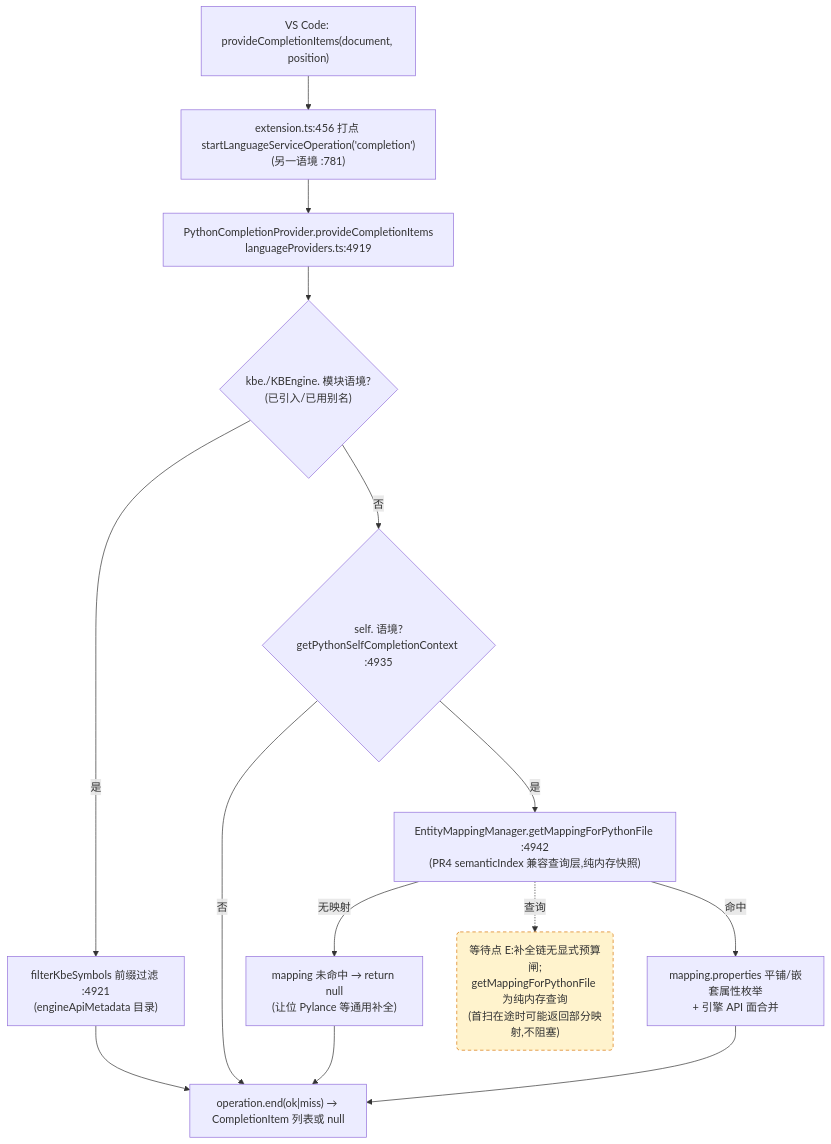
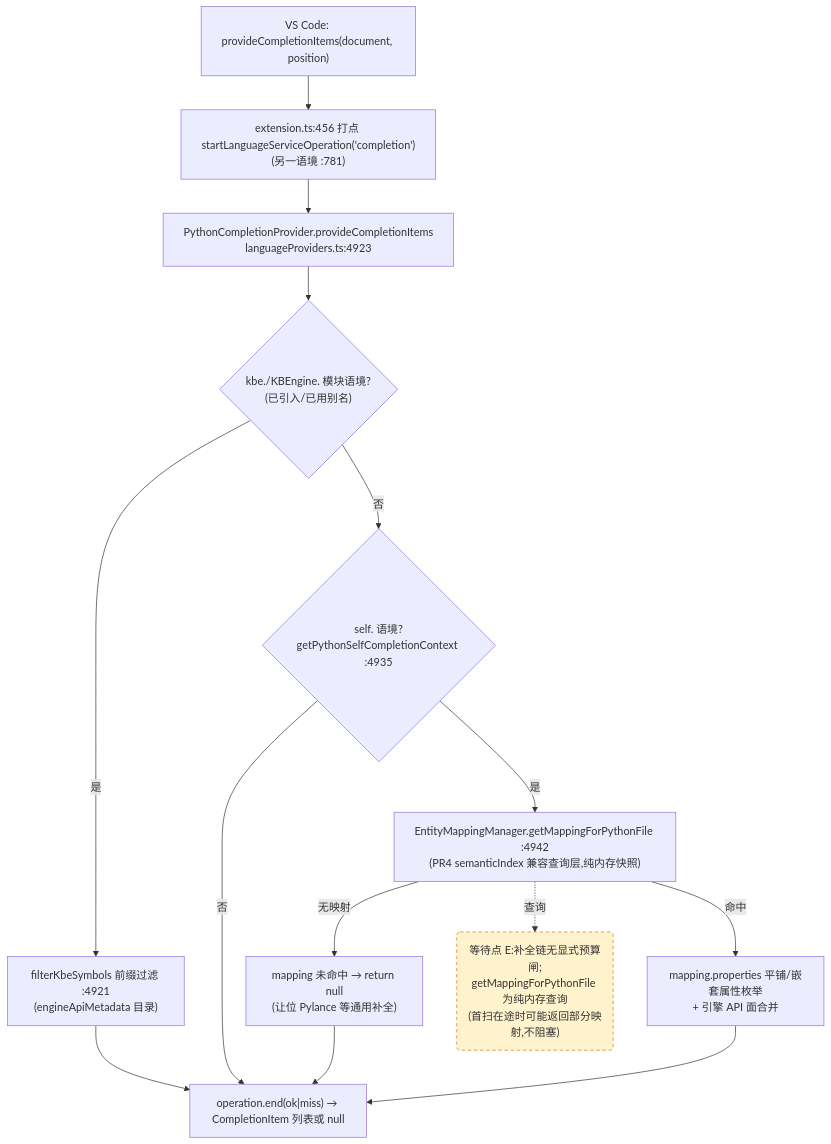
Before and after one commit to cuihairu/kode: the third of 4 diagrams in docs/perf/2026-baseline.md, drawn with Mermaid. The commit also changed other lines of this file and 8 other files, not shown here.

````diff
--- a/docs/perf/2026-baseline.md
+++ b/docs/perf/2026-baseline.md
@@ -184,27 +184,27 @@
 ```mermaid
 flowchart TD
   VC3["VS Code: provideCompletionItems(document, position)"]
   M3["extension.ts:456 打点 startLanguageServiceOperation('completion')<br/>(另一语境 :781)"]
-  CP["PythonCompletionProvider.provideCompletionItems<br/>languageProviders.ts:4919"]
+  CP["PythonCompletionProvider.provideCompletionItems<br/>languageProviders.ts:4923"]
   KBEC{"kbe./KBEngine. 模块语境?<br/>(已引入/已用别名)"}
   FILTER["filterKbeSymbols 前缀过滤 :4921<br/>(engineApiMetadata 目录)"]
   SELFC{"self. 语境?<br/>getPythonSelfCompletionContext :4935"}
   MAP["EntityMappingManager.getMappingForPythonFile :4942<br/>(PR4 semanticIndex 兼容查询层,纯内存快照)"]
   NOMAP["mapping 未命中 → return null<br/>(让位 Pylance 等通用补全)"]
   PROPS["mapping.properties 平铺/嵌套属性枚举<br/>+ 引擎 API 面合并"]
   END3["operation.end(ok|miss) → CompletionItem 列表或 null"]
 
   VC3 --> M3 --> CP --> KBEC
   KBEC -- "是" --> FILTER --> END3
   KBEC -- "否" --> SELFC
   SELFC -- "否" --> END3
   SELFC -- "是" --> MAP
   MAP -- "无映射" --> NOMAP --> END3
   MAP -- "命中" --> PROPS --> END3
 
   WAITE("等待点 E:补全链无显式预算闸;<br/>getMappingForPythonFile 为纯内存查询<br/>(首扫在途时可能返回部分映射,不阻塞)")
   MAP -.->|查询| WAITE
 
   classDef waitPoint fill:#fff3cd,stroke:#d97706,stroke-dasharray:5 4;
   class WAITE waitPoint;
 ```
````
